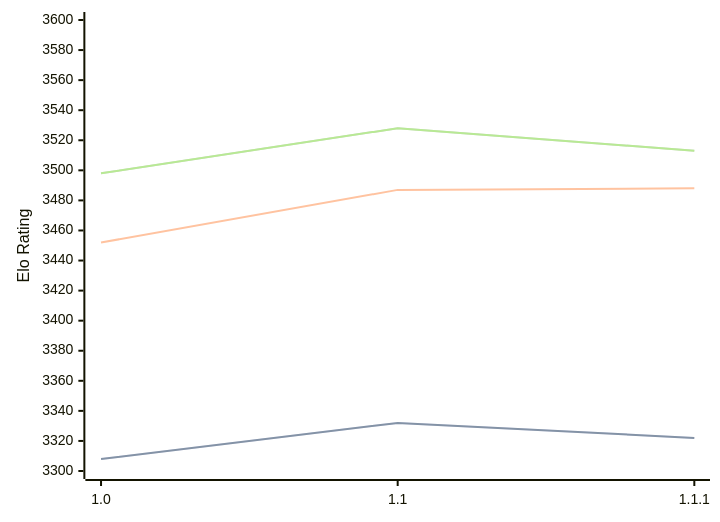
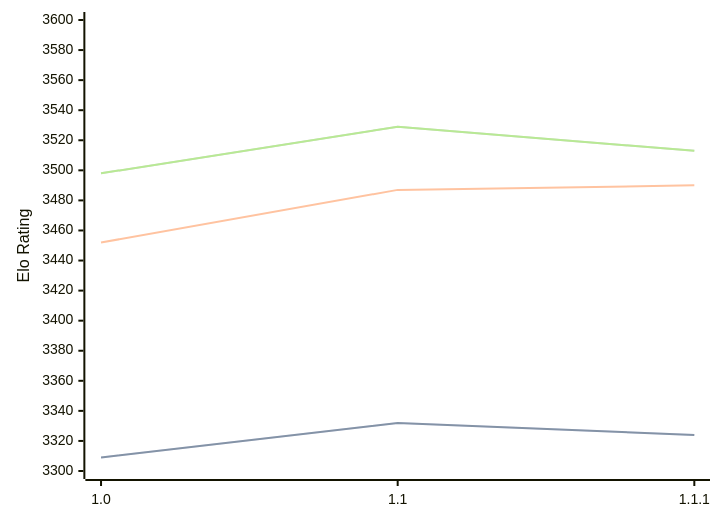
One commit to computer-chess-index/cci changed the diagram in engines/Icarus.md. Above: the diagram before and after it, drawn with Mermaid. The commit also changed other lines of this file, not shown here.

Commit message:
Update CCI Ratings (ELO VLTC) - 2026-08-20

````diff
--- a/engines/Icarus.md
+++ b/engines/Icarus.md
@@ -33,11 +33,11 @@
 ```mermaid
 %%{init: {"theme":"base","themeVariables":{"seriesColors:['#a3a3a3','#222221','#faa371']}}}%%
 xychart-beta
   x-axis ["1.0", "1.1", "1.1.1"]
   y-axis "Elo Rating" 3300 --> 3600
-  line "STC (8.0+0.08s)" [3308, 3332, 3322]
-  line "STC (8.0+0.08s)" [3308, 3332, 3322]
-  line "LTC (60.0+0.60s)" [3452, 3487, 3488]
-  line "VLTC (2m24s+1.12s)" [3498, 3528, 3513]
-  line "VLTC (2m24s+1.12s)" [3498, 3528, 3513]
+  line "STC (8.0+0.08s)" [3309, 3332, 3324]
+  line "STC (8.0+0.08s)" [3309, 3332, 3324]
+  line "LTC (60.0+0.60s)" [3452, 3487, 3490]
+  line "VLTC (2m24s+1.12s)" [3498, 3529, 3513]
+  line "VLTC (2m24s+1.12s)" [3498, 3529, 3513]
 ```
````
